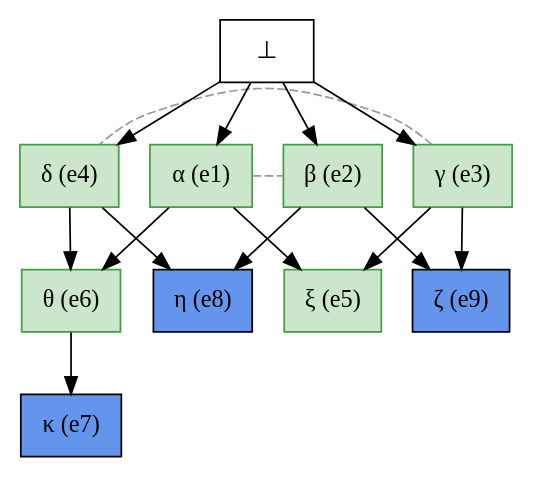
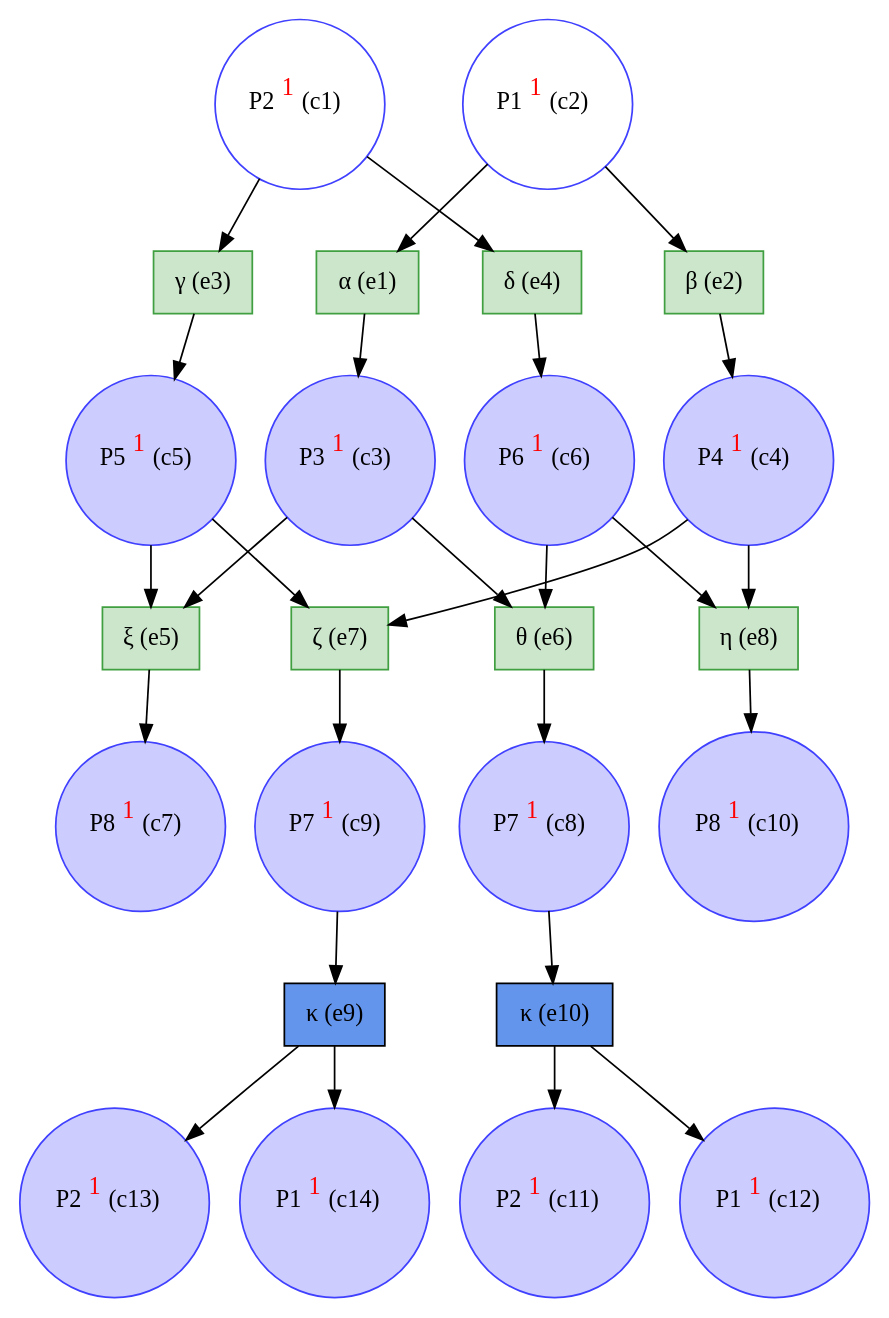
The diagram in examples/comb_tipping_point/comb_tipping_point_unf.dot (giannkas/ecofolder), drawn with Graphviz before and after one commit. The commit also changed 42 other files, not shown here.

```diff
--- a/examples/comb_tipping_point/comb_tipping_point_unf.dot
+++ b/examples/comb_tipping_point/comb_tipping_point_unf.dot
@@ -1,30 +1,52 @@
 digraph test {
-  e1 -> e6;
-  e1 -> e5;
-  e2 -> e8;
-  e2 -> e9;
-  e3 -> e9;
-  e3 -> e5;
-  e4 -> e8;
-  e4 -> e6;
-  e6 -> e7;
-  e0 -> e1;
-  e0 -> e2;
-  e0 -> e3;
-  e0 -> e4;
-
-//conflicts
-  e1 -> e2 [arrowhead=none color=gray60 style=dashed constraint=false];
-  e3 -> e4 [arrowhead=none color=gray60 style=dashed constraint=false];
-
+  c1 -> e4;
+  c1 -> e3;
+  c2 -> e2;
+  c2 -> e1;
+  e1 -> c3;
+  c3 -> e6;
+  c3 -> e5;
+  e2 -> c4;
+  c4 -> e8;
+  c4 -> e7;
+  e3 -> c5;
+  c5 -> e7;
+  c5 -> e5;
+  e4 -> c6;
+  c6 -> e8;
+  c6 -> e6;
+  e5 -> c7;
+  e6 -> c8;
+  c8 -> e10;
+  e7 -> c9;
+  c9 -> e9;
+  e8 -> c10;
+  e10 -> c11;
+  e10 -> c12;
+  e9 -> c13;
+  e9 -> c14;
+  c1 [color="#4040ff" fillcolor="transparent" label= <P2<FONT COLOR="red"><SUP>1</SUP></FONT>&nbsp;(c1)> shape=circle style=filled];
+  c2 [color="#4040ff" fillcolor="transparent" label= <P1<FONT COLOR="red"><SUP>1</SUP></FONT>&nbsp;(c2)> shape=circle style=filled];
+  c3 [color="#4040ff" fillcolor="#ccccff" label= <P3<FONT COLOR="red"><SUP>1</SUP></FONT>&nbsp;(c3)> shape=circle style=filled];
+  c4 [color="#4040ff" fillcolor="#ccccff" label= <P4<FONT COLOR="red"><SUP>1</SUP></FONT>&nbsp;(c4)> shape=circle style=filled];
+  c5 [color="#4040ff" fillcolor="#ccccff" label= <P5<FONT COLOR="red"><SUP>1</SUP></FONT>&nbsp;(c5)> shape=circle style=filled];
+  c6 [color="#4040ff" fillcolor="#ccccff" label= <P6<FONT COLOR="red"><SUP>1</SUP></FONT>&nbsp;(c6)> shape=circle style=filled];
+  c7 [color="#4040ff" fillcolor="#ccccff" label= <P8<FONT COLOR="red"><SUP>1</SUP></FONT>&nbsp;(c7)> shape=circle style=filled];
+  c8 [color="#4040ff" fillcolor="#ccccff" label= <P7<FONT COLOR="red"><SUP>1</SUP></FONT>&nbsp;(c8)> shape=circle style=filled];
+  c9 [color="#4040ff" fillcolor="#ccccff" label= <P7<FONT COLOR="red"><SUP>1</SUP></FONT>&nbsp;(c9)> shape=circle style=filled];
+  c10 [color="#4040ff" fillcolor="#ccccff" label= <P8<FONT COLOR="red"><SUP>1</SUP></FONT>&nbsp;(c10)> shape=circle style=filled];
+  c11 [color="#4040ff" fillcolor="#ccccff" label= <P2<FONT COLOR="red"><SUP>1</SUP></FONT>&nbsp;(c11)> shape=circle style=filled];
+  c12 [color="#4040ff" fillcolor="#ccccff" label= <P1<FONT COLOR="red"><SUP>1</SUP></FONT>&nbsp;(c12)> shape=circle style=filled];
+  c13 [color="#4040ff" fillcolor="#ccccff" label= <P2<FONT COLOR="red"><SUP>1</SUP></FONT>&nbsp;(c13)> shape=circle style=filled];
+  c14 [color="#4040ff" fillcolor="#ccccff" label= <P1<FONT COLOR="red"><SUP>1</SUP></FONT>&nbsp;(c14)> shape=circle style=filled];
   e1 [color="#409f40" fillcolor="#cce6cc" label="α (e1)" shape=box style=filled];
   e2 [color="#409f40" fillcolor="#cce6cc" label="β (e2)" shape=box style=filled];
   e3 [color="#409f40" fillcolor="#cce6cc" label="γ (e3)" shape=box style=filled];
   e4 [color="#409f40" fillcolor="#cce6cc" label="δ (e4)" shape=box style=filled];
   e5 [color="#409f40" fillcolor="#cce6cc" label="ξ (e5)" shape=box style=filled];
   e6 [color="#409f40" fillcolor="#cce6cc" label="θ (e6)" shape=box style=filled];
-  e7 [color=black fillcolor=cornflowerblue label="κ (e7)" shape=box style=filled];
-  e8 [color=black fillcolor=cornflowerblue label="η (e8)" shape=box style=filled];
-  e9 [color=black fillcolor=cornflowerblue label="ζ (e9)" shape=box style=filled];
-  e0 [fillcolor=white label="⊥" shape=box style=filled];
+  e7 [color="#409f40" fillcolor="#cce6cc" label="ζ (e7)" shape=box style=filled];
+  e8 [color="#409f40" fillcolor="#cce6cc" label="η (e8)" shape=box style=filled];
+  e9 [color=black fillcolor=cornflowerblue label="κ (e9)" shape=box style=filled];
+  e10 [color=black fillcolor=cornflowerblue label="κ (e10)" shape=box style=filled];
 }
```
